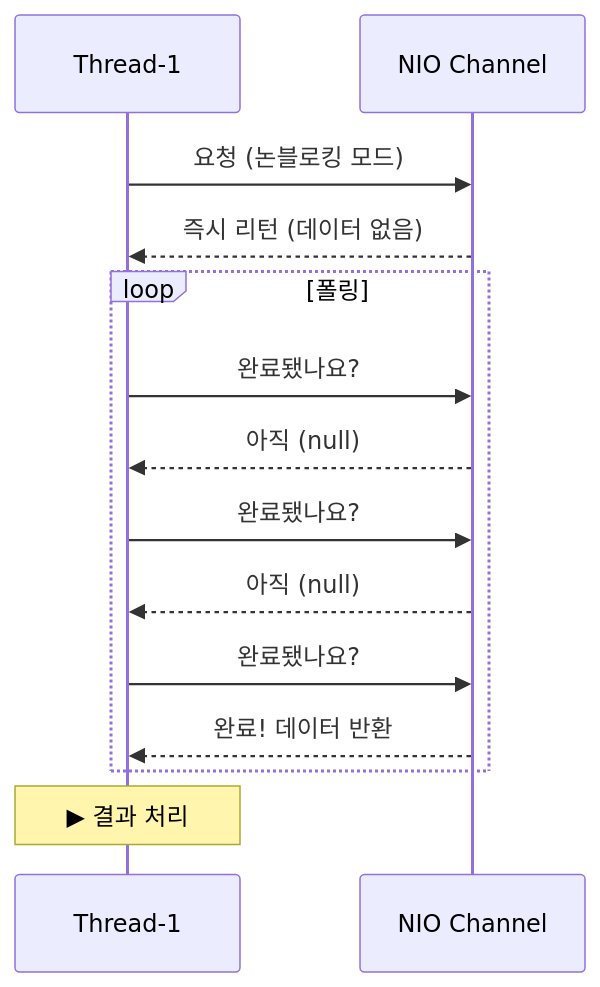
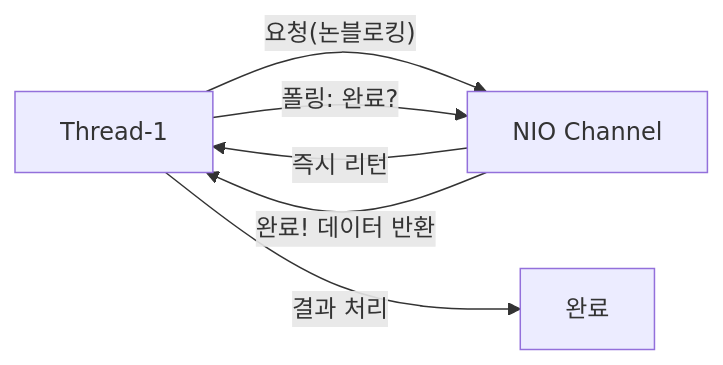
Before and after one commit to yjkim2015/yjkim2015.github.io: the third of 10 diagrams in _posts/spring/2026-05-12-webclient-thread-model.md, drawn with Mermaid. The commit also changed other lines of this file and 84 other files, not shown here.

First line of the commit message:
85개 포스트 Mermaid 다이어그램 규칙 일괄 수정

````diff
--- a/_posts/spring/2026-05-12-webclient-thread-model.md
+++ b/_posts/spring/2026-05-12-webclient-thread-model.md
@@ -104,17 +87,8 @@
 ```mermaid
-sequenceDiagram
-    participant T as Thread-1
-    participant CH as NIO Channel
-
-    T->>CH: 요청 (논블로킹 모드)
-    CH-->>T: 즉시 리턴 (데이터 없음)
-    loop 폴링
-        T->>CH: 완료됐나요?
-        CH-->>T: 아직 (null)
-        T->>CH: 완료됐나요?
-        CH-->>T: 아직 (null)
-        T->>CH: 완료됐나요?
-        CH-->>T: 완료! 데이터 반환
-    end
-    Note over T: ▶ 결과 처리
+graph LR
+    T["Thread-1"] -->|"요청(논블로킹)"| CH["NIO Channel"]
+    CH -->|"즉시 리턴"| T
+    T -->|"폴링: 완료?"| CH
+    CH -->|"완료! 데이터 반환"| T
+    T -->|"결과 처리"| DONE["완료"]
 ```
````
